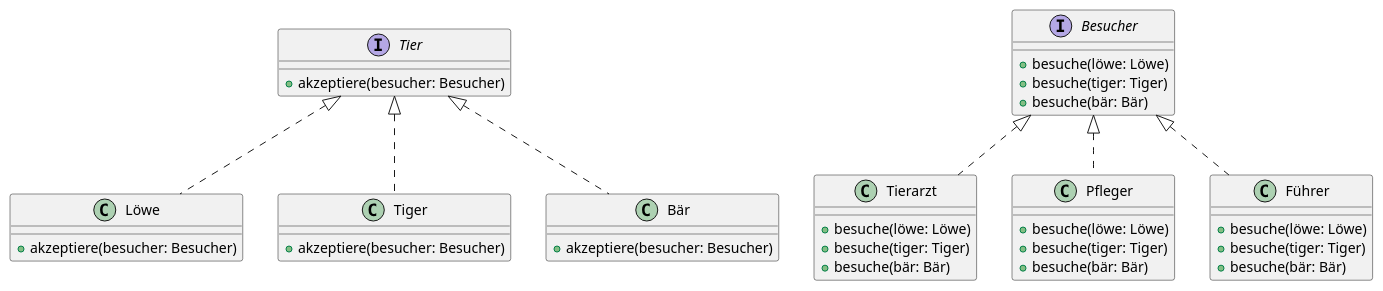
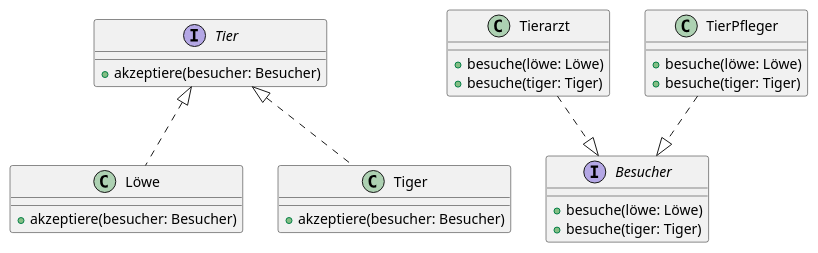
The diagram in dojo-dungeon/todo-assets/Fragen_Pattern/UML_Klassendiagramm2_source.pu (Dungeon-CampusMinden/Dungeon), drawn with PlantUML before and after one commit. The commit also changed 6 other files, not shown here.

```diff
--- a/dojo-dungeon/todo-assets/Fragen_Pattern/UML_Klassendiagramm2_source.pu
+++ b/dojo-dungeon/todo-assets/Fragen_Pattern/UML_Klassendiagramm2_source.pu
@@ -1,49 +1,34 @@
 @startuml UML_Klassendiagramm2.png
 interface Tier {
   +akzeptiere(besucher: Besucher)
 }
 
 interface Besucher {
   +besuche(löwe: Löwe)
   +besuche(tiger: Tiger)
-  +besuche(bär: Bär)
 }
 
 class Löwe {
   +akzeptiere(besucher: Besucher)
 }
 
 class Tiger {
   +akzeptiere(besucher: Besucher)
 }
 
-class Bär {
-  +akzeptiere(besucher: Besucher)
-}
-
 class Tierarzt {
   +besuche(löwe: Löwe)
   +besuche(tiger: Tiger)
-  +besuche(bär: Bär)
 }
 
-class Pfleger {
+class TierPfleger {
   +besuche(löwe: Löwe)
   +besuche(tiger: Tiger)
-  +besuche(bär: Bär)
-}
-
-class Führer {
-  +besuche(löwe: Löwe)
-  +besuche(tiger: Tiger)
-  +besuche(bär: Bär)
 }
 
 Tier <|.. Löwe
 Tier <|.. Tiger
-Tier <|.. Bär
 
-Besucher <|.. Tierarzt
-Besucher <|.. Pfleger
-Besucher <|.. Führer
+Tierarzt ..|> Besucher
+TierPfleger ..|> Besucher
 @enduml
```
